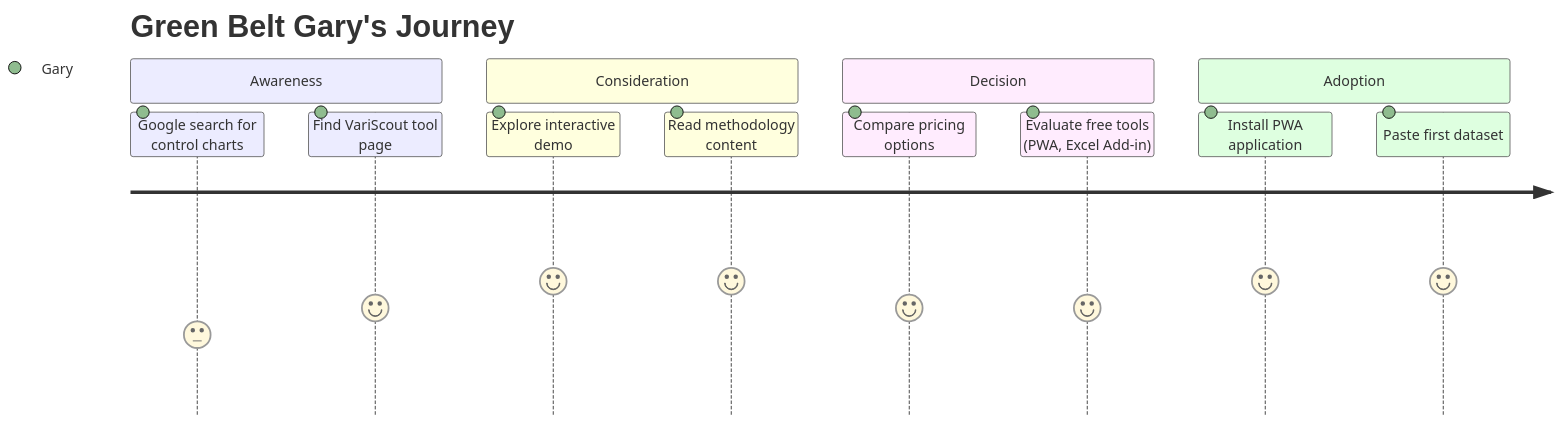
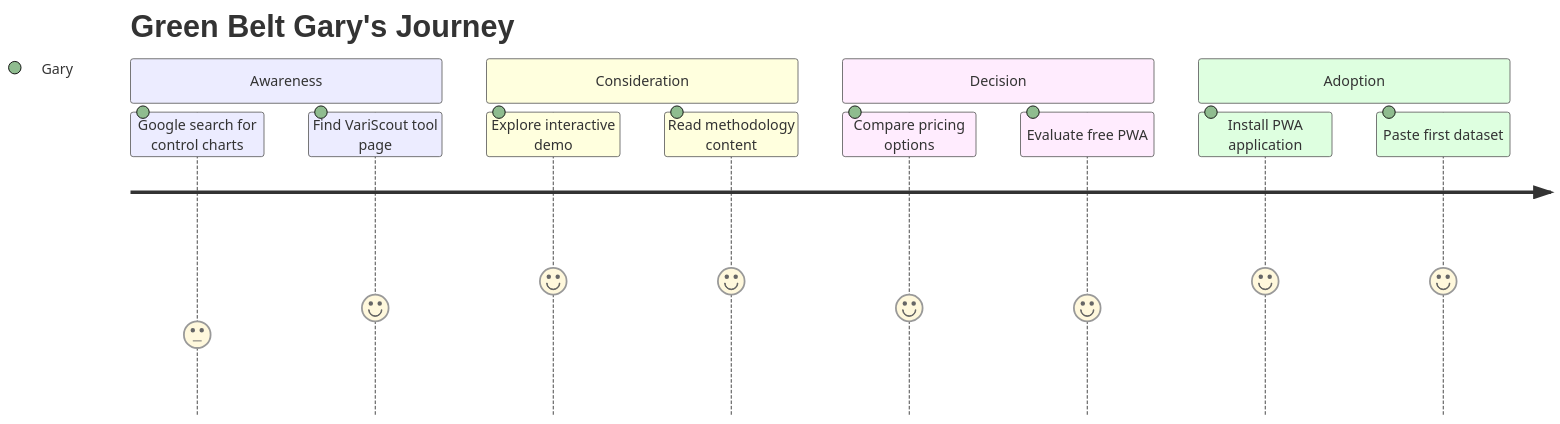
Before and after one commit to jukka-matti/variscout: the diagram in docs/02-journeys/personas/green-belt-gary.md, drawn with Mermaid. The commit also changed other lines of this file and 52 other files, not shown here.

````diff
--- a/docs/02-journeys/personas/green-belt-gary.md
+++ b/docs/02-journeys/personas/green-belt-gary.md
@@ -23,16 +23,16 @@
 ```mermaid
 journey
     title Green Belt Gary's Journey
     section Awareness
       Google search for control charts: 3: Gary
       Find VariScout tool page: 4: Gary
     section Consideration
       Explore interactive demo: 5: Gary
       Read methodology content: 5: Gary
     section Decision
       Compare pricing options: 4: Gary
-      Evaluate free tools (PWA, Excel Add-in): 4: Gary
+      Evaluate free PWA: 4: Gary
     section Adoption
       Install PWA application: 5: Gary
       Paste first dataset: 5: Gary
 ```
````
